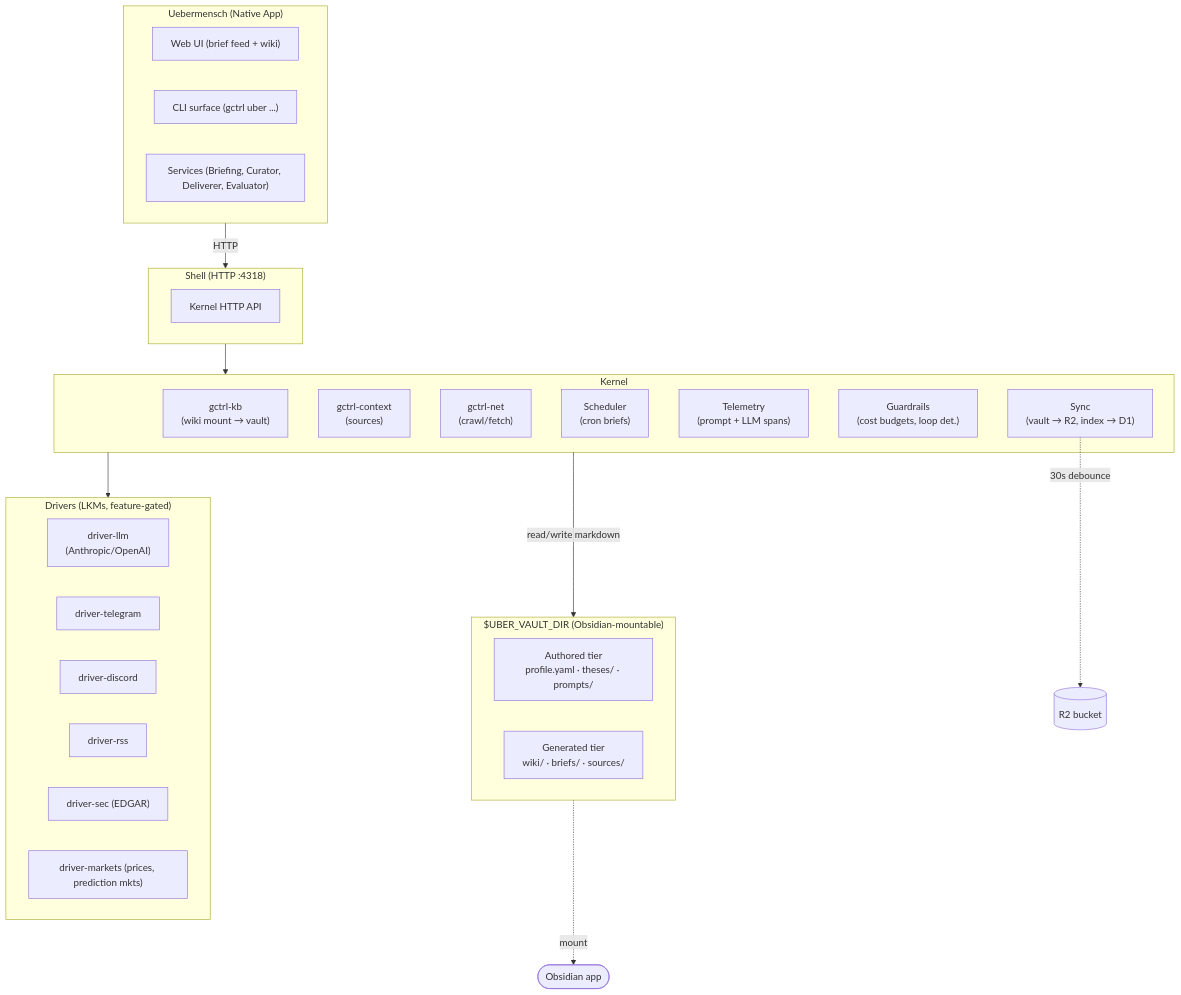
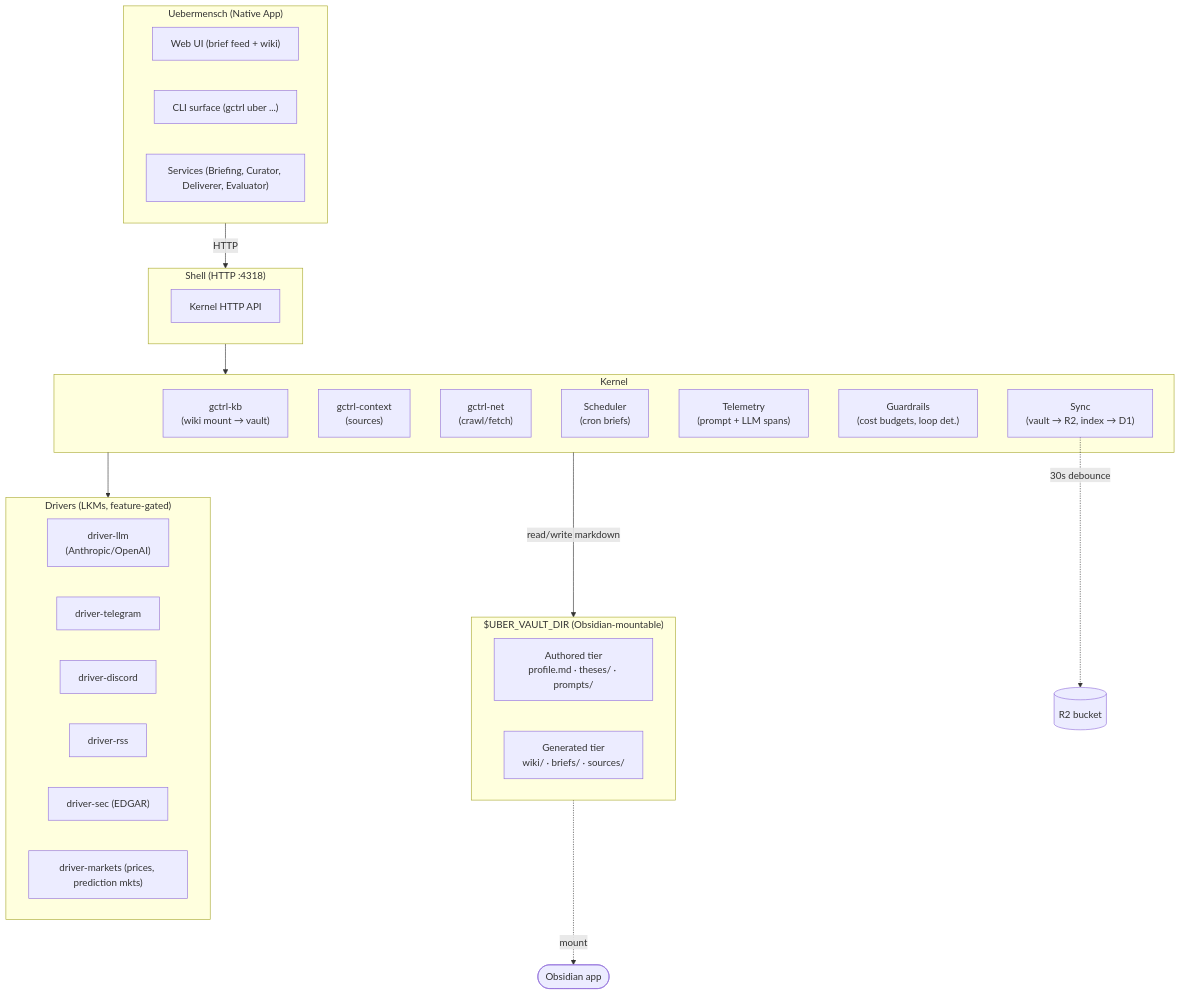
Before and after one commit to OpenHackersClub/gctrl: the diagram in apps/uebermensch/PRD.md, drawn with Mermaid. The commit also changed other lines of this file and 16 other files, not shown here.

````diff
--- a/apps/uebermensch/PRD.md
+++ b/apps/uebermensch/PRD.md
@@ -11,40 +11,40 @@
 ```mermaid
 flowchart TB
   subgraph App["Uebermensch (Native App)"]
     UI["Web UI (brief feed + wiki)"]
     CLI["CLI surface (gctrl uber ...)"]
     Svc["Services (Briefing, Curator, Deliverer, Evaluator)"]
   end
   subgraph Vault["$UBER_VAULT_DIR (Obsidian-mountable)"]
     direction LR
-    Authored["Authored tier\nprofile.yaml · theses/ · prompts/"]
+    Authored["Authored tier\nprofile.md · theses/ · prompts/"]
     Generated["Generated tier\nwiki/ · briefs/ · sources/"]
   end
   subgraph Shell["Shell (HTTP :4318)"]
     direction LR
     HTTP["Kernel HTTP API"]
   end
   subgraph Kernel["Kernel"]
     KB["gctrl-kb\n(wiki mount → vault)"]
     Ctx["gctrl-context\n(sources)"]
     Net["gctrl-net\n(crawl/fetch)"]
     Sched["Scheduler\n(cron briefs)"]
     OTel["Telemetry\n(prompt + LLM spans)"]
     Guard["Guardrails\n(cost budgets, loop det.)"]
     Sync["Sync\n(vault → R2, index → D1)"]
   end
   subgraph Drivers["Drivers (LKMs, feature-gated)"]
     Llm["driver-llm\n(Anthropic/OpenAI)"]
     Tg["driver-telegram"]
     Dc["driver-discord"]
     Rss["driver-rss"]
     Sec["driver-sec (EDGAR)"]
     Mkt["driver-markets (prices, prediction mkts)"]
   end
   App -->|HTTP| Shell
   Shell --> Kernel
   Kernel -->|read/write markdown| Vault
   Kernel --> Drivers
   Sync -.->|30s debounce| R2[("R2 bucket")]
   Vault -.->|mount| Obsidian(["Obsidian app"])
 ```
````
